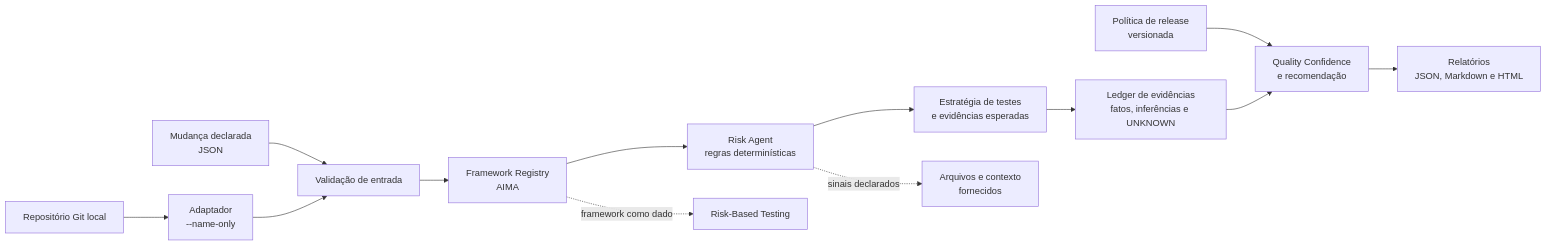
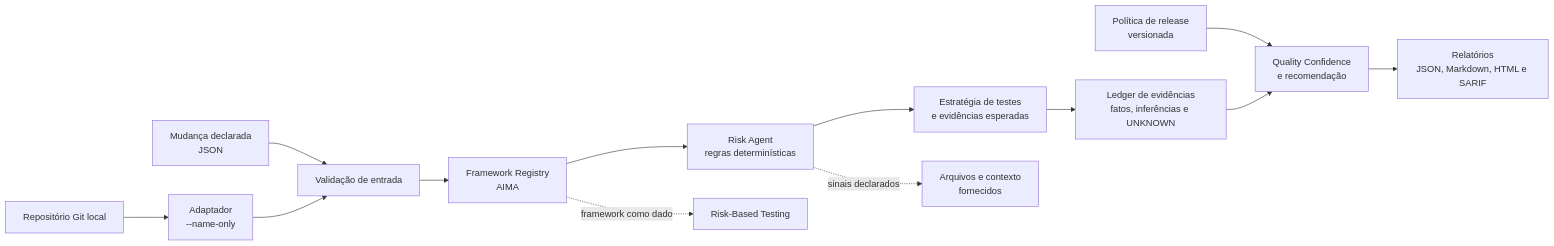
One commit to jonasqasoftware/aima-agentic-qe changed the diagram in ARCHITECTURE.md. Above: the diagram before and after it, drawn with Mermaid. The commit also changed 7 other files, not shown here.

````diff
--- a/ARCHITECTURE.md
+++ b/ARCHITECTURE.md
@@ -7,16 +7,16 @@
 ```mermaid
 flowchart LR
   Input["Mudança declarada\nJSON"] --> Validate["Validação de entrada"]
   Git["Repositório Git local"] --> Diff["Adaptador\n--name-only"]
   Diff --> Validate
   Validate --> Registry["Framework Registry\nAIMA"]
   Registry --> Risk["Risk Agent\nregras determinísticas"]
   Risk --> Strategy["Estratégia de testes\ne evidências esperadas"]
   Strategy --> Ledger["Ledger de evidências\nfatos, inferências e UNKNOWN"]
   Policy["Política de release\nversionada"] --> Decision
   Ledger --> Decision["Quality Confidence\ne recomendação"]
-  Decision --> Report["Relatórios\nJSON, Markdown e HTML"]
+  Decision --> Report["Relatórios\nJSON, Markdown, HTML e SARIF"]
 
   Registry -. "framework como dado" .-> Framework["Risk-Based Testing"]
   Risk -. "sinais declarados" .-> Change["Arquivos e contexto\nfornecidos"]
 ```
````
